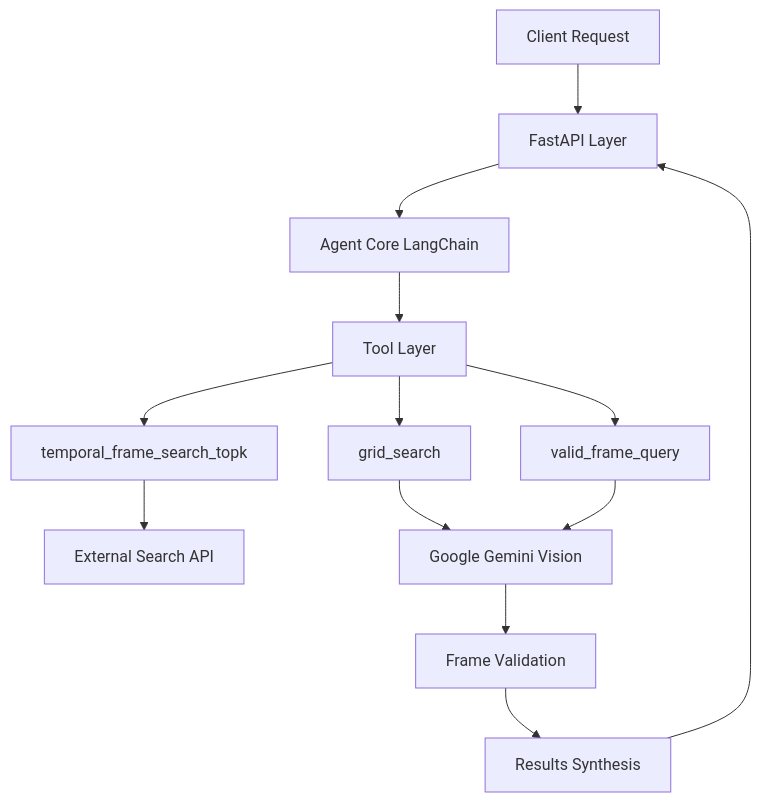
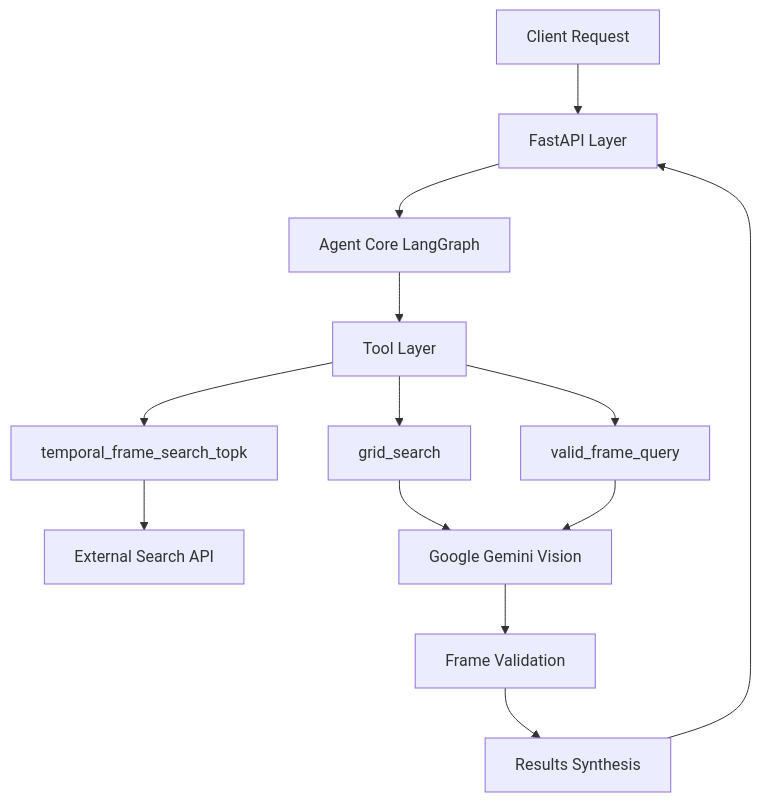
The second of 2 diagrams in agentic_rag/README.md (trandiepp2105/lucifer-aic-2025), drawn with Mermaid before and after one commit. The commit also changed other lines of this file and 16 other files, not shown here.

````diff
--- a/agentic_rag/README.md
+++ b/agentic_rag/README.md
@@ -800,18 +800,18 @@
 ```mermaid
 graph TB
     A[Client Request] --> B[FastAPI Layer]
-    B --> C[Agent Core LangChain]
+    B --> C[Agent Core LangGraph]
     C --> D[Tool Layer]
     
     D --> E[temporal_frame_search_topk]
     D --> F[grid_search]
     D --> G[valid_frame_query]
     
     E --> H[External Search API]
     F --> I[Google Gemini Vision]
     G --> I
     
     I --> J[Frame Validation]
     J --> K[Results Synthesis]
     K --> B
 ```
````
